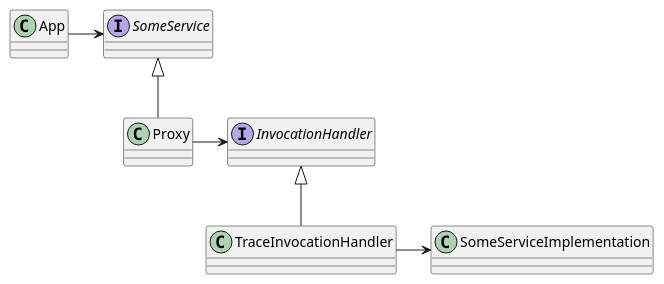
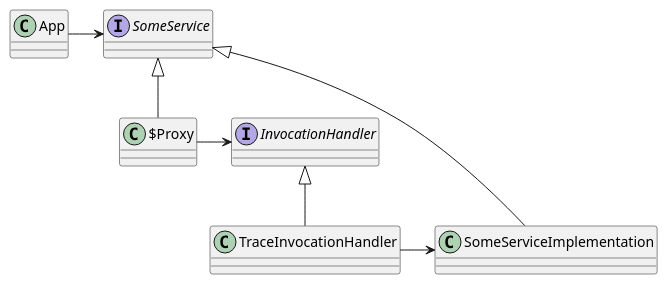
One commit to tauinger-de/training.spring changed the diagram in diagrams/Proxy.puml. Above: the diagram before and after it, drawn with PlantUML. The commit also changed 1 other file, not shown here.

Commit message:
proxy diagrams

```diff
--- a/diagrams/Proxy.puml
+++ b/diagrams/Proxy.puml
@@ -1,17 +1,18 @@
 @startuml
 'https://plantuml.com/class-diagram
 
 class App
 interface SomeService
 class SomeServiceImplementation
 interface InvocationHandler
 class TraceInvocationHandler
-class Proxy
+class $Proxy
 
 App -right-> SomeService
-Proxy -up-|> SomeService
-Proxy -right-> InvocationHandler
+$Proxy -up-|> SomeService
+$Proxy -right-> InvocationHandler
 TraceInvocationHandler -up-|> InvocationHandler
 TraceInvocationHandler -right-> SomeServiceImplementation
+SomeServiceImplementation -[norank]-|> SomeService
 
 @enduml
```
